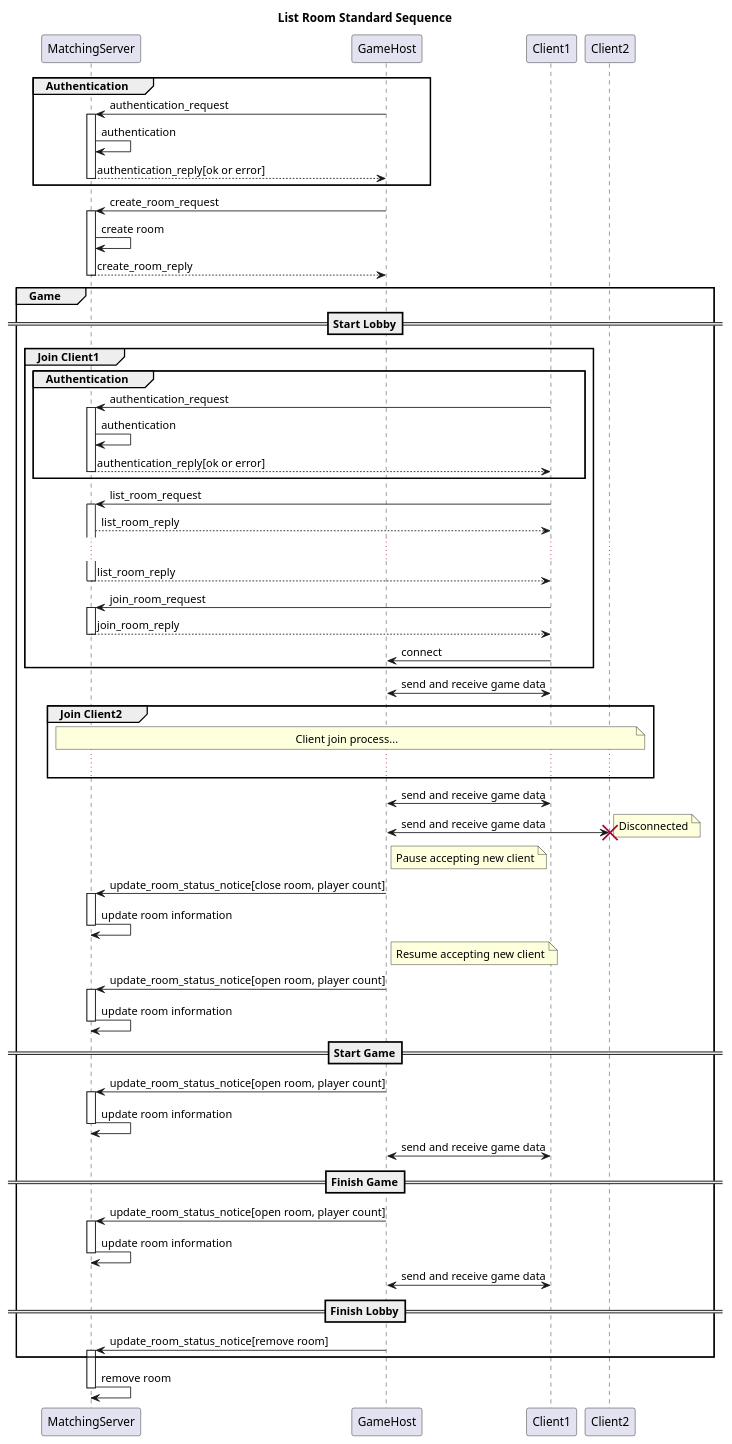
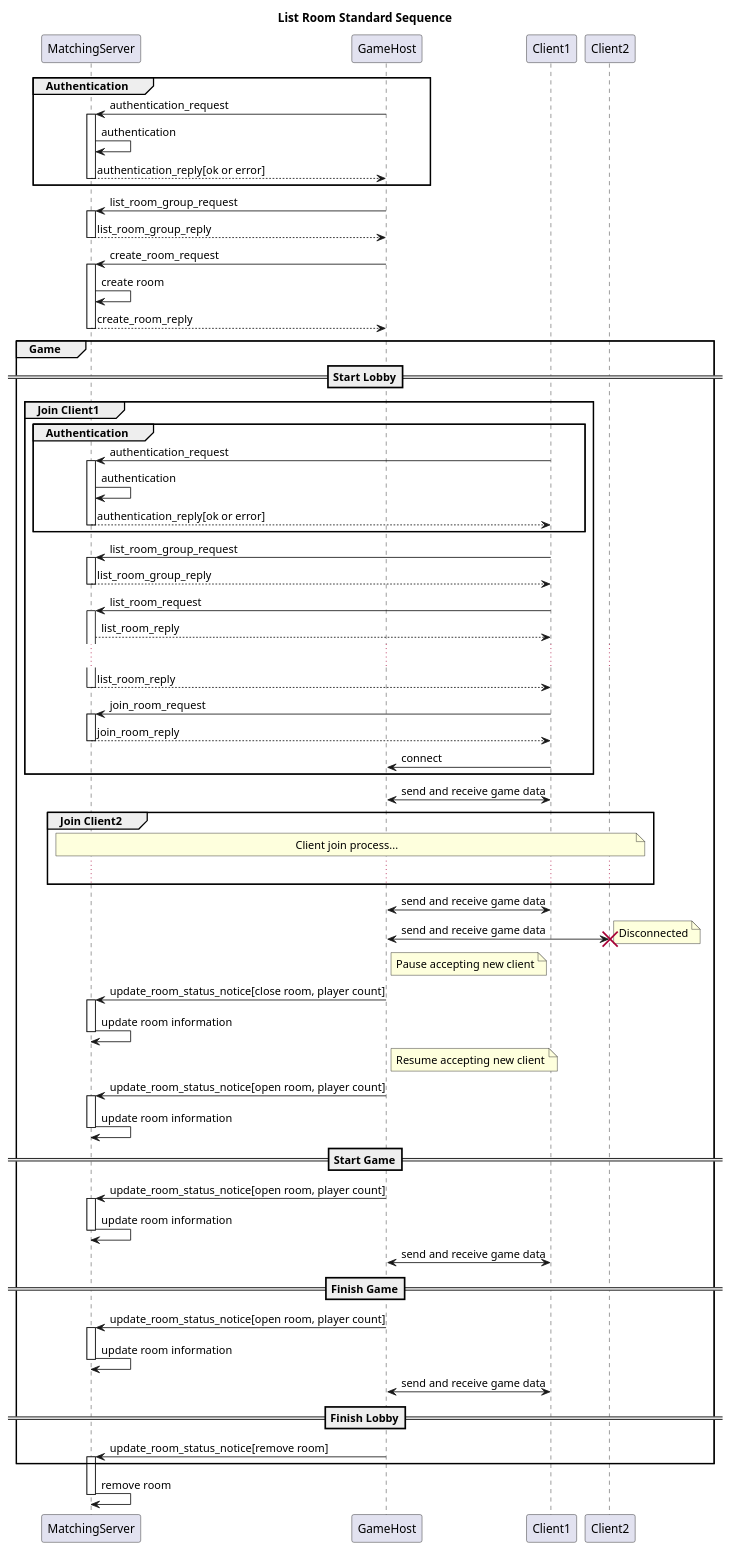
One commit to CdecPGL/PlanetaMatchMaker changed the diagram in Documents/list_room_standard_sequence.plantuml. Above: the diagram before and after it, drawn with PlantUML.

Commit message:
[update] add sequence of list_room_group_request message to sequence diagram

```diff
--- a/Documents/list_room_standard_sequence.plantuml
+++ b/Documents/list_room_standard_sequence.plantuml
@@ -1,108 +1,118 @@
 @startuml
 
 title List Room Standard Sequence
 
 participant MatchingServer
 participant GameHost
 participant Client1
 participant Client2
 
 group Authentication
 GameHost -> MatchingServer : authentication_request
 activate MatchingServer
 MatchingServer -> MatchingServer: authentication
 MatchingServer --> GameHost : authentication_reply[ok or error]
 deactivate MatchingServer
 end
+
+GameHost->MatchingServer : list_room_group_request
+activate MatchingServer
+MatchingServer --> GameHost : list_room_group_reply
+deactivate MatchingServer
 
 GameHost -> MatchingServer : create_room_request
 activate MatchingServer
 MatchingServer -> MatchingServer : create room
 MatchingServer --> GameHost : create_room_reply
 deactivate MatchingServer
 
 group Game
 
 ==Start Lobby==
 
 group Join Client1
 
 group Authentication
 Client1 -> MatchingServer : authentication_request
 activate MatchingServer
 MatchingServer -> MatchingServer: authentication
 MatchingServer --> Client1 : authentication_reply[ok or error]
 deactivate MatchingServer
 end
+
+Client1->MatchingServer : list_room_group_request
+activate MatchingServer
+MatchingServer --> Client1 : list_room_group_reply
+deactivate MatchingServer
 
 Client1->MatchingServer : list_room_request
 activate MatchingServer
 MatchingServer --> Client1 : list_room_reply
 ...
 MatchingServer --> Client1 : list_room_reply
 deactivate MatchingServer
 
 Client1->MatchingServer : join_room_request
 activate MatchingServer
 MatchingServer --> Client1 : join_room_reply
 deactivate MatchingServer
 Client1->GameHost : connect
 
 end
 
 GameHost<->Client1 : send and receive game data
 
 group Join Client2
 
 note over MatchingServer, Client2: Client join process...
 ...
 
 end
 
 GameHost<->Client1 : send and receive game data
 
 GameHost<->Client2 : send and receive game data
 note right: Disconnected
 destroy Client2
 
 note right of GameHost: Pause accepting new client
 GameHost -> MatchingServer : update_room_status_notice[close room, player count]
 activate MatchingServer
 MatchingServer -> MatchingServer : update room information
 deactivate MatchingServer
 
 note right of GameHost: Resume accepting new client
 GameHost -> MatchingServer : update_room_status_notice[open room, player count]
 activate MatchingServer
 MatchingServer -> MatchingServer : update room information
 deactivate MatchingServer
 
 ==Start Game==
 
 GameHost -> MatchingServer : update_room_status_notice[open room, player count]
 activate MatchingServer
 MatchingServer -> MatchingServer : update room information
 deactivate MatchingServer
 
 GameHost<->Client1 : send and receive game data
 
 ==Finish Game==
 
 GameHost -> MatchingServer : update_room_status_notice[open room, player count]
 activate MatchingServer
 MatchingServer -> MatchingServer : update room information
 deactivate MatchingServer
 
 GameHost<->Client1 : send and receive game data
 
 ==Finish Lobby==
 
 GameHost -> MatchingServer : update_room_status_notice[remove room]
 activate MatchingServer
 
 end
 
 MatchingServer -> MatchingServer : remove room
 deactivate MatchingServer
 
 @enduml
```
